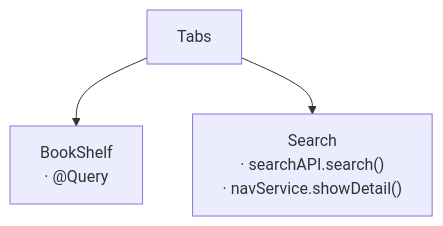
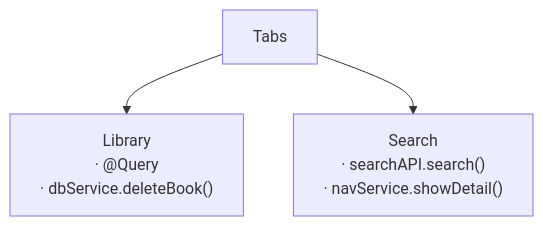
Before and after one commit to sisoje/hypermodular: the diagram in example/Landing/Tabs/MAP.md, drawn with Mermaid. The commit also changed 7 other files, not shown here.

````diff
--- a/example/Landing/Tabs/MAP.md
+++ b/example/Landing/Tabs/MAP.md
@@ -1,6 +1,6 @@
 ```mermaid
 %% Root: Tabs · Parent: Landing (../MAP.md)
 flowchart TD
-    Tabs --> BookShelf["BookShelf<br/>· @Query"]
+    Tabs --> Library["Library<br/>· @Query<br/>· dbService.deleteBook()"]
     Tabs --> Search["Search<br/>· searchAPI.search()<br/>· navService.showDetail()"]
 ```
````
